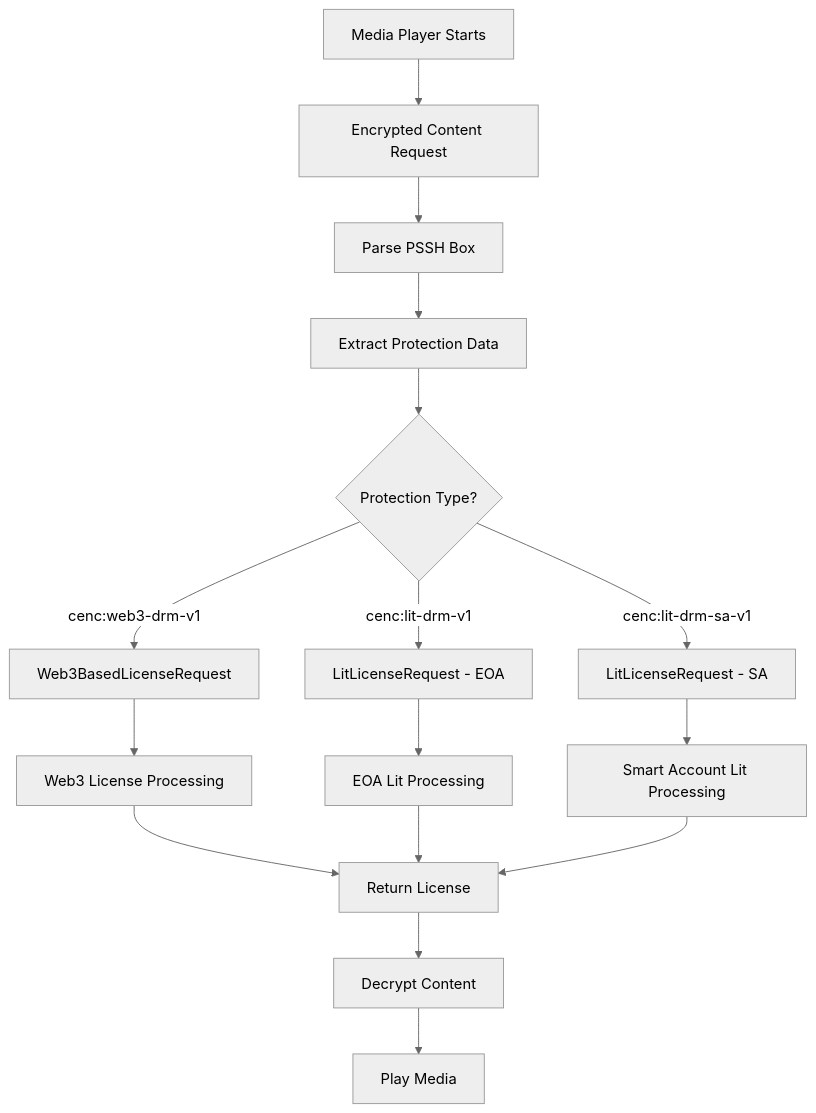
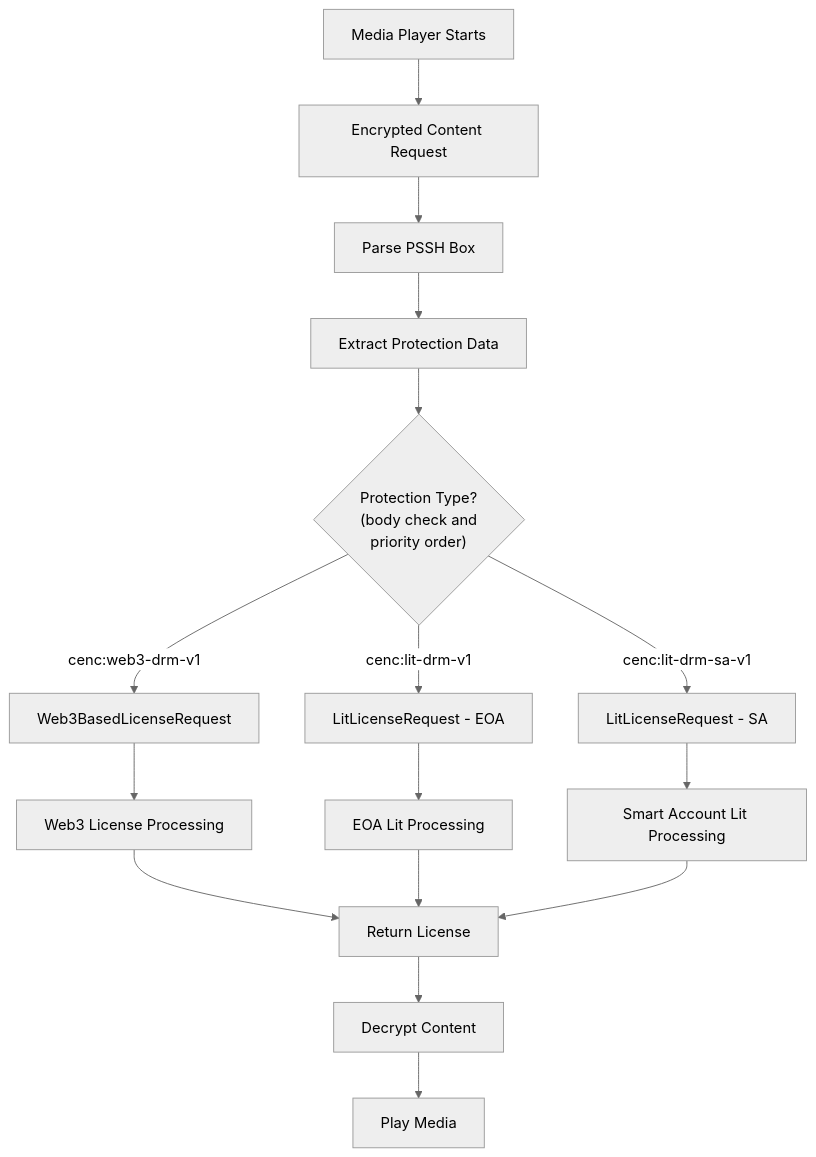
One commit to Elacity/lit-keystore-moleculer changed the first of 15 diagrams in docs/MEDIA-PLAYER-DECRYPTION-WORKFLOW.md. Above: the diagram before and after it, drawn with Mermaid (neutral theme). The commit also changed other lines of this file and 3 other files, not shown here.

````diff
--- a/docs/MEDIA-PLAYER-DECRYPTION-WORKFLOW.md
+++ b/docs/MEDIA-PLAYER-DECRYPTION-WORKFLOW.md
@@ -17,22 +15,22 @@
 ```mermaid
 graph TD
     A[Media Player Starts] --> B[Encrypted Content Request]
     B --> C[Parse PSSH Box]
     C --> D[Extract Protection Data]
-    D --> E{Protection Type?}
-    
+    D --> E{"Protection Type?<br/>(body check and<br/>priority order)"}
+
     E -->|cenc:web3-drm-v1| F[Web3BasedLicenseRequest]
     E -->|cenc:lit-drm-v1| G[LitLicenseRequest - EOA]
     E -->|cenc:lit-drm-sa-v1| H[LitLicenseRequest - SA]
-    
+
     F --> I[Web3 License Processing]
     G --> J[EOA Lit Processing]
     H --> K[Smart Account Lit Processing]
-    
+
     I --> L[Return License]
     J --> L
     K --> L
-    
+
     L --> M[Decrypt Content]
     M --> N[Play Media]
 ```
````
